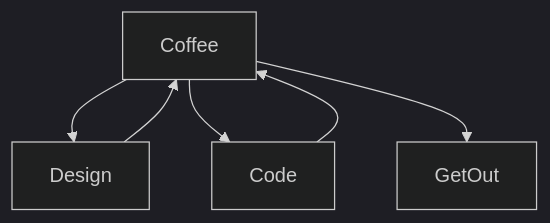
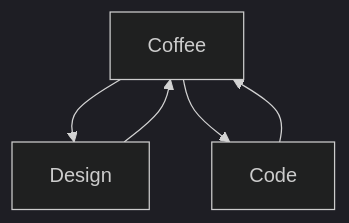
The diagram in README.md (JFGEER83/JFGEER83), drawn with Mermaid (dark theme) before and after one commit.

````diff
--- a/README.md
+++ b/README.md
@@ -41,8 +41,7 @@
 ```mermaid
   graph TD;
       Coffee-->Design;
       Design-->Coffee;
       Coffee-->Code;
       Code-->Coffee;
-      Coffee-->GetOut;
 ```
````
